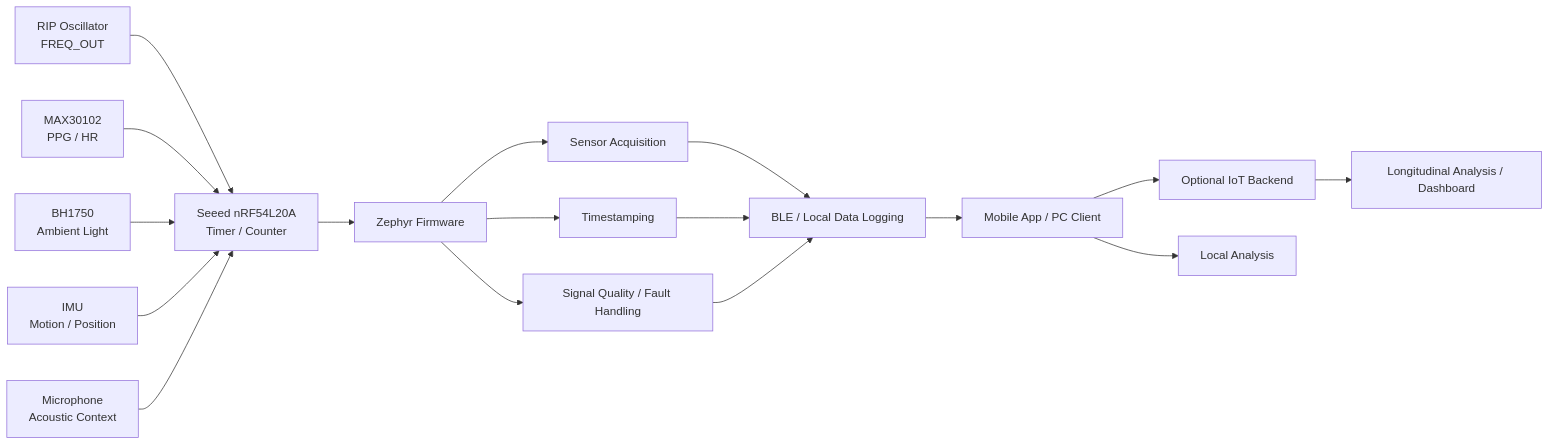
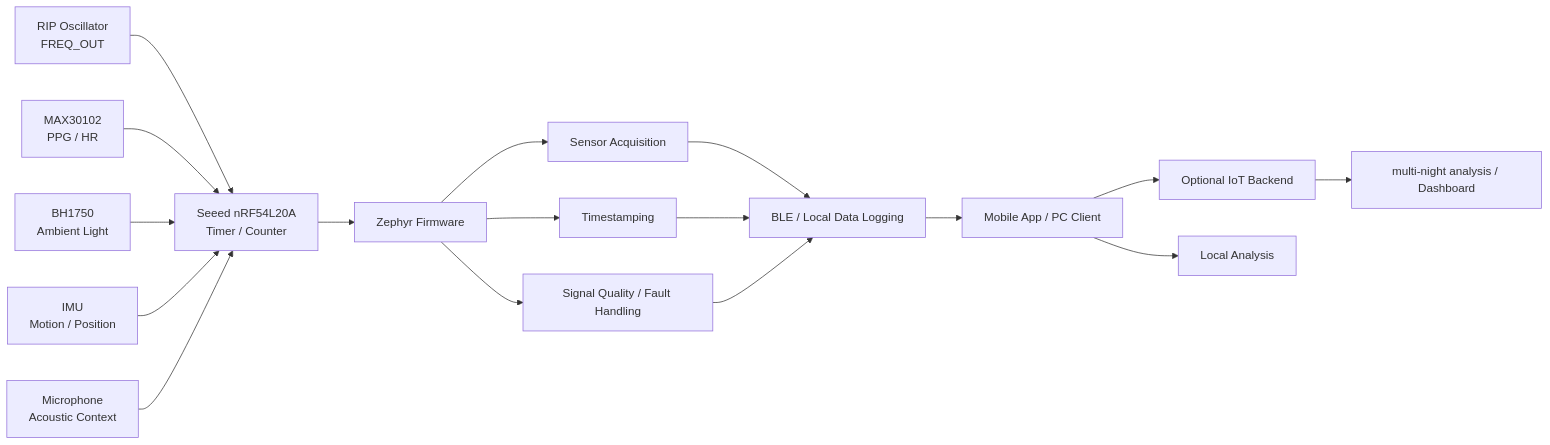
The second of 5 diagrams in README.md (CDonohoe-Designs/SomniMate), drawn with Mermaid before and after one commit. The commit also changed other lines of this file, not shown here.

````diff
--- a/README.md
+++ b/README.md
@@ -71,22 +71,22 @@
 ```mermaid
 flowchart LR
     A["RIP Oscillator<br/>FREQ_OUT"] --> C["Seeed nRF54L20A<br/>Timer / Counter"]
 
     D["MAX30102<br/>PPG / HR"] --> C
     E["BH1750<br/>Ambient Light"] --> C
     F["IMU<br/>Motion / Position"] --> C
     G["Microphone<br/>Acoustic Context"] --> C
 
     C --> H["Zephyr Firmware"]
     H --> I["Sensor Acquisition"]
     H --> J["Timestamping"]
     H --> K["Signal Quality / Fault Handling"]
 
     I --> L["BLE / Local Data Logging"]
     J --> L
     K --> L
     L --> M["Mobile App / PC Client"]
     M --> N["Optional IoT Backend"]
     M --> O["Local Analysis"]
-    N --> P["Longitudinal Analysis / Dashboard"]
+    N --> P["multi-night analysis / Dashboard"]
 ```
````
